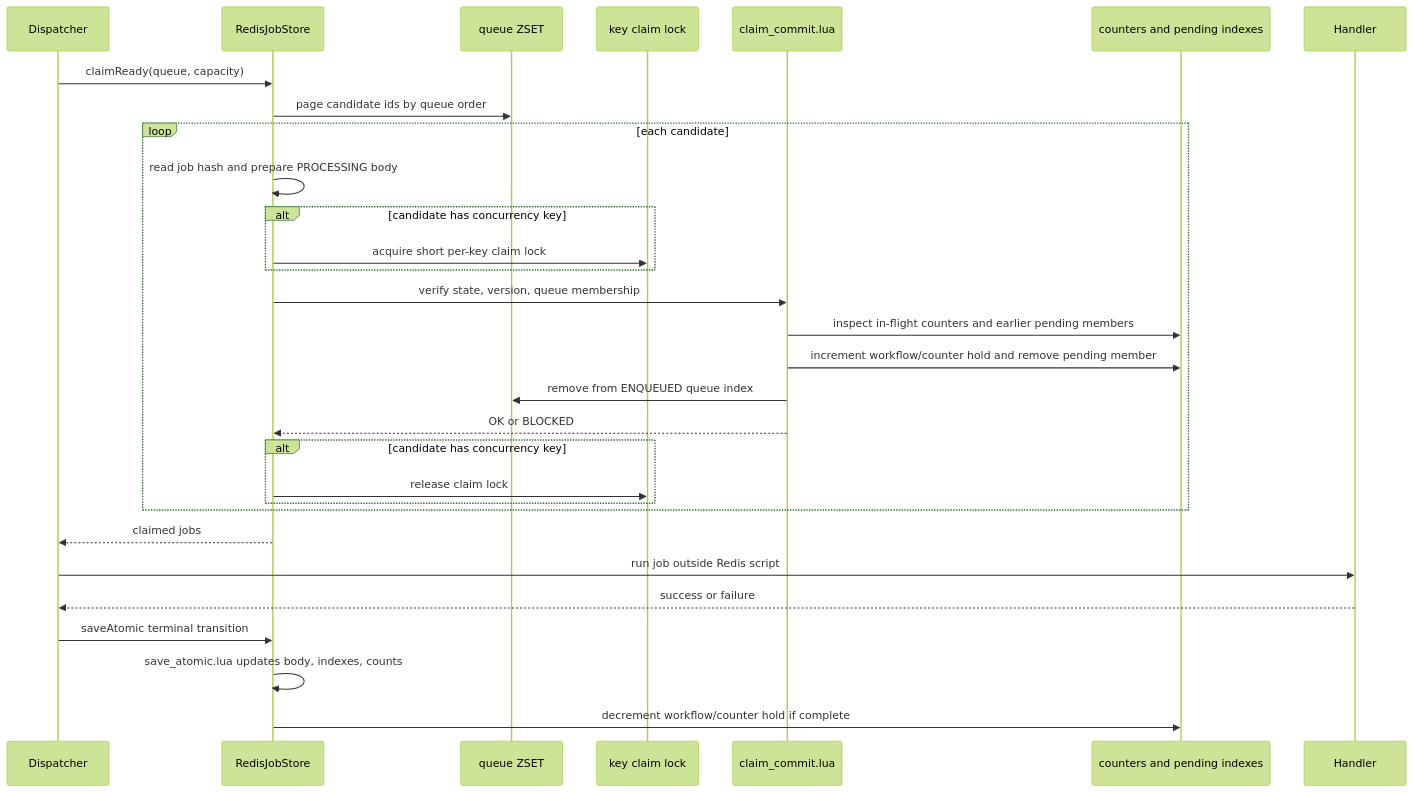
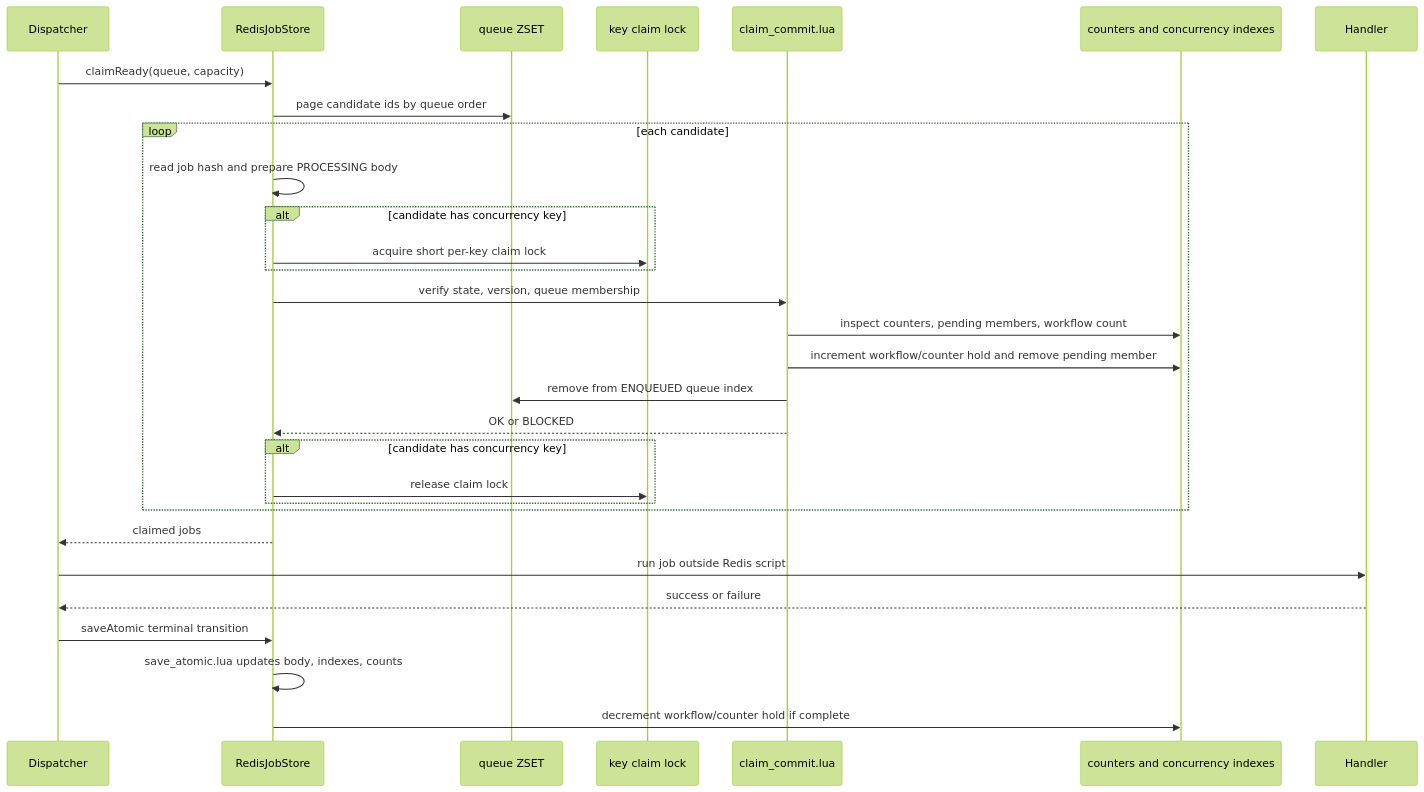
Before and after one commit to hemju/threadmill: the third of 3 diagrams in docs/backend-execution-model.md, drawn with Mermaid (forest theme). The commit also changed other lines of this file and 20 other files, not shown here.

````diff
--- a/docs/backend-execution-model.md
+++ b/docs/backend-execution-model.md
@@ -130,33 +132,33 @@
 ```mermaid
 sequenceDiagram
     participant D as Dispatcher
     participant R as RedisJobStore
     participant Q as queue ZSET
     participant L as key claim lock
     participant S as claim_commit.lua
-    participant C as counters and pending indexes
+    participant C as counters and concurrency indexes
     participant H as Handler
 
     D->>R: claimReady(queue, capacity)
     R->>Q: page candidate ids by queue order
     loop each candidate
         R->>R: read job hash and prepare PROCESSING body
         alt candidate has concurrency key
             R->>L: acquire short per-key claim lock
         end
         R->>S: verify state, version, queue membership
-        S->>C: inspect in-flight counters and earlier pending members
+        S->>C: inspect counters, pending members, workflow count
         S->>C: increment workflow/counter hold and remove pending member
         S->>Q: remove from ENQUEUED queue index
         S-->>R: OK or BLOCKED
         alt candidate has concurrency key
             R->>L: release claim lock
         end
     end
     R-->>D: claimed jobs
     D->>H: run job outside Redis script
     H-->>D: success or failure
     D->>R: saveAtomic terminal transition
     R->>R: save_atomic.lua updates body, indexes, counts
     R->>C: decrement workflow/counter hold if complete
 ```
````
